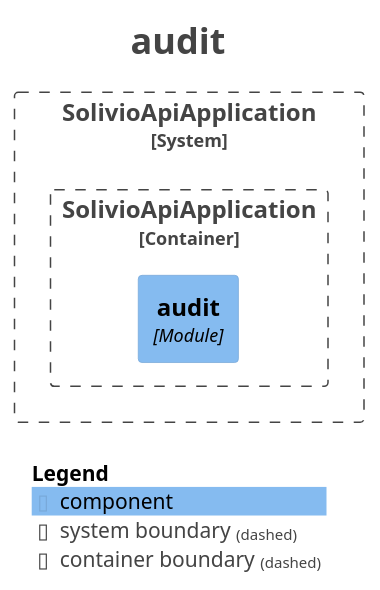
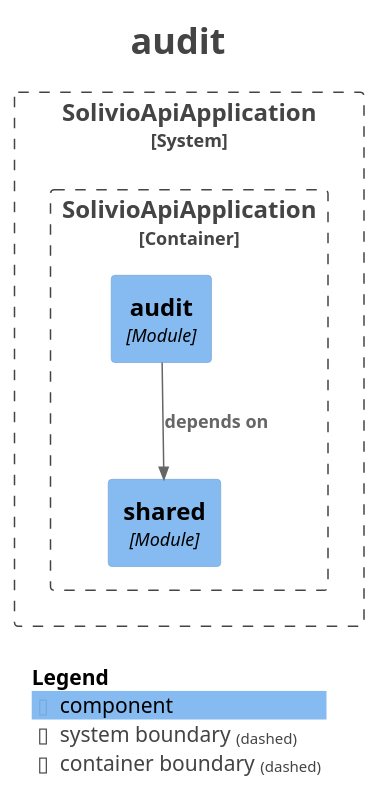
One commit to Joello61/solivio changed the diagram in docs/modules/module-audit.puml. Above: the diagram before and after it, drawn with PlantUML. The commit also changed 40 other files, not shown here.

```diff
--- a/docs/modules/module-audit.puml
+++ b/docs/modules/module-audit.puml
@@ -1,27 +1,30 @@
 @startuml
 title <size:24>audit</size>
 
 set separator none
 top to bottom direction
 
 <style>
   root {
     BackgroundColor: #ffffff
     FontColor: #444444
   }
 </style>
 
 !include <C4/C4>
 !include <C4/C4_Context>
 !include <C4/C4_Component>
 
 System_Boundary("SolivioApiApplication_boundary", "SolivioApiApplication", $tags="") {
   Container_Boundary("SolivioApiApplication.SolivioApiApplication_boundary", "SolivioApiApplication", $tags="") {
+    Component(SolivioApiApplication.SolivioApiApplication.shared, "shared", $techn="Module", $descr="", $tags="", $link="")
     Component(SolivioApiApplication.SolivioApiApplication.audit, "audit", $techn="Module", $descr="", $tags="", $link="")
   }
 
 }
 
+Rel(SolivioApiApplication.SolivioApiApplication.audit, SolivioApiApplication.SolivioApiApplication.shared, "depends on", $techn="", $tags="", $link="")
+
 SHOW_LEGEND(true)
 hide stereotypes
 @enduml
```
